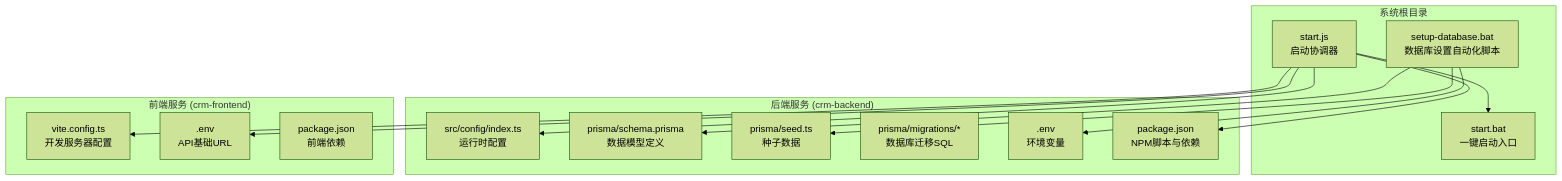
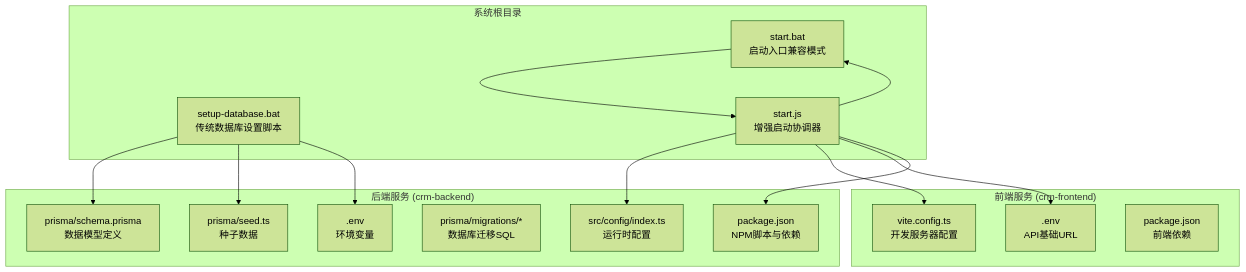
One commit to xianjianshenqu/SalesFlow-CRM changed the first of 9 diagrams in .qoder/repowiki/zh/content/开发指南/数据库设置自动化脚本.md. Above: the diagram before and after it, drawn with Mermaid (forest theme). The commit also changed other lines of this file and 2 other files, not shown here.

````diff
--- a/.qoder/repowiki/zh/content/开发指南/数据库设置自动化脚本.md
+++ b/.qoder/repowiki/zh/content/开发指南/数据库设置自动化脚本.md
@@ -35,29 +46,30 @@
 ```mermaid
 graph TB
 subgraph "系统根目录"
-Setup["setup-database.bat<br/>数据库设置自动化脚本"]
-StartBat["start.bat<br/>一键启动入口"]
-StartJS["start.js<br/>启动协调器"]
+Setup["setup-database.bat<br/>传统数据库设置脚本"]
+StartBat["start.bat<br/>启动入口兼容模式"]
+StartJS["start.js<br/>增强启动协调器"]
 end
 subgraph "后端服务 (crm-backend)"
 Config["src/config/index.ts<br/>运行时配置"]
 PrismaSchema["prisma/schema.prisma<br/>数据模型定义"]
 Seed["prisma/seed.ts<br/>种子数据"]
 Migrations["prisma/migrations/*<br/>数据库迁移SQL"]
 EnvFile[".env<br/>环境变量"]
 PackageJSON["package.json<br/>NPM脚本与依赖"]
 end
 subgraph "前端服务 (crm-frontend)"
 FE_Vite["vite.config.ts<br/>开发服务器配置"]
 FE_Env[".env<br/>API基础URL"]
 FE_Pkg["package.json<br/>前端依赖"]
 end
 Setup --> PrismaSchema
 Setup --> Seed
 Setup --> EnvFile
 StartJS --> StartBat
 StartJS --> Config
 StartJS --> FE_Vite
 StartJS --> FE_Env
 StartJS --> PackageJSON
+StartBat --> StartJS
 ```
````
